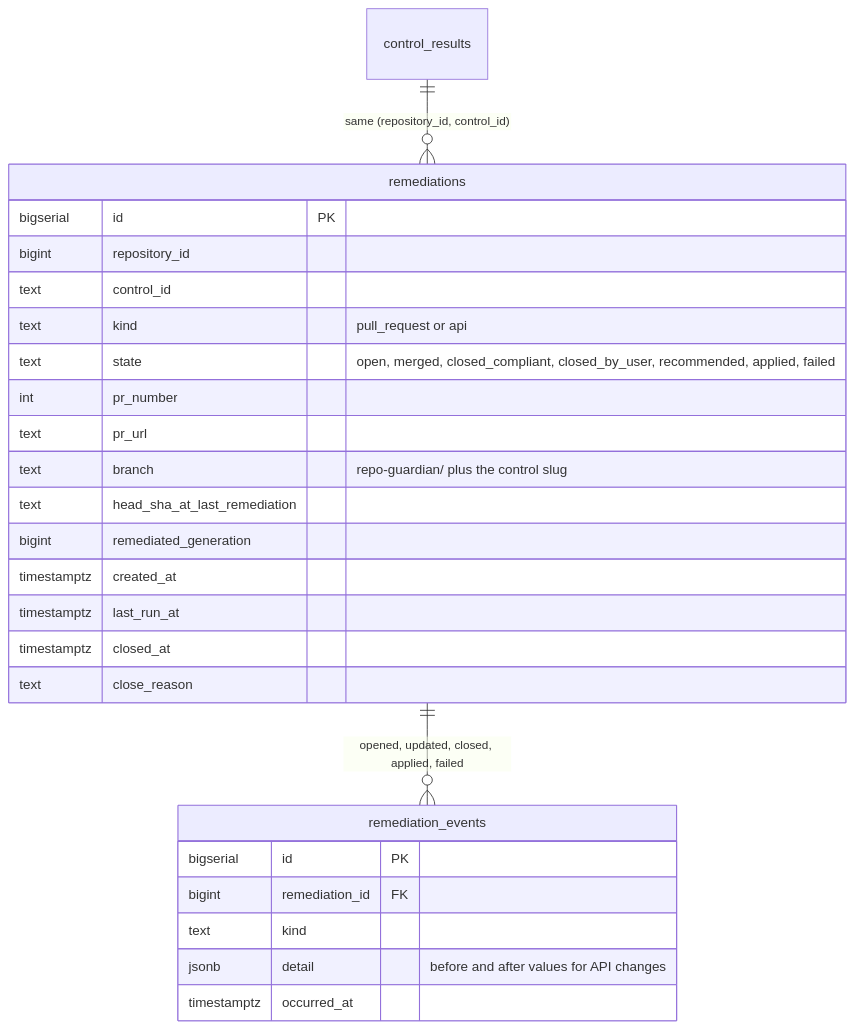
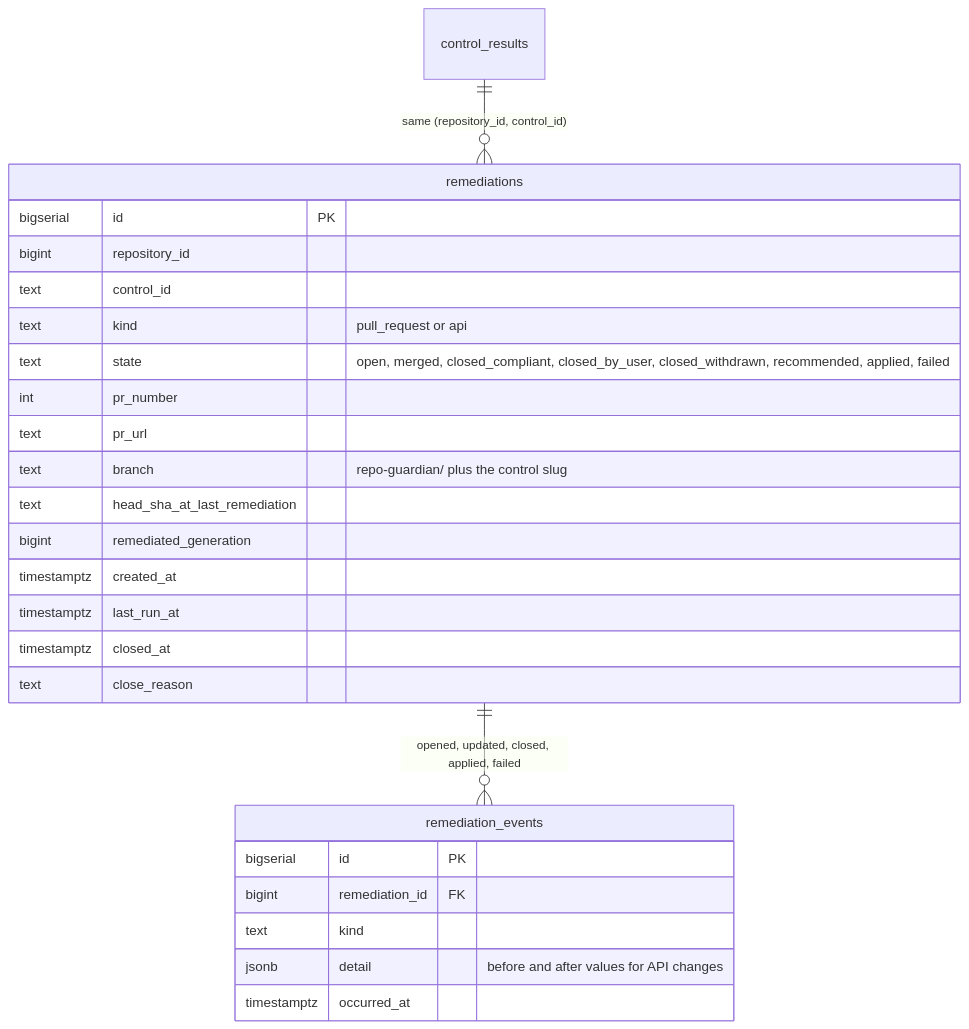
Before and after one commit to donaldgifford/repo-guardian: diagram 15 of 21 in scripts/controls-redesign-deep-dives.md, drawn with Mermaid. The commit also changed other lines of this file and 5 other files, not shown here.

````diff
--- a/scripts/controls-redesign-deep-dives.md
+++ b/scripts/controls-redesign-deep-dives.md
@@ -1192,28 +1225,28 @@
 ```mermaid
 erDiagram
     control_results ||--o{ remediations : "same (repository_id, control_id)"
     remediations ||--o{ remediation_events : "opened, updated, closed, applied, failed"
     remediations {
         bigserial id PK
         bigint repository_id
         text control_id
         text kind "pull_request or api"
-        text state "open, merged, closed_compliant, closed_by_user, recommended, applied, failed"
+        text state "open, merged, closed_compliant, closed_by_user, closed_withdrawn, recommended, applied, failed"
         int pr_number
         text pr_url
         text branch "repo-guardian/ plus the control slug"
         text head_sha_at_last_remediation
         bigint remediated_generation
         timestamptz created_at
         timestamptz last_run_at
         timestamptz closed_at
         text close_reason
     }
     remediation_events {
         bigserial id PK
         bigint remediation_id FK
         text kind
         jsonb detail "before and after values for API changes"
         timestamptz occurred_at
     }
 ```
````
